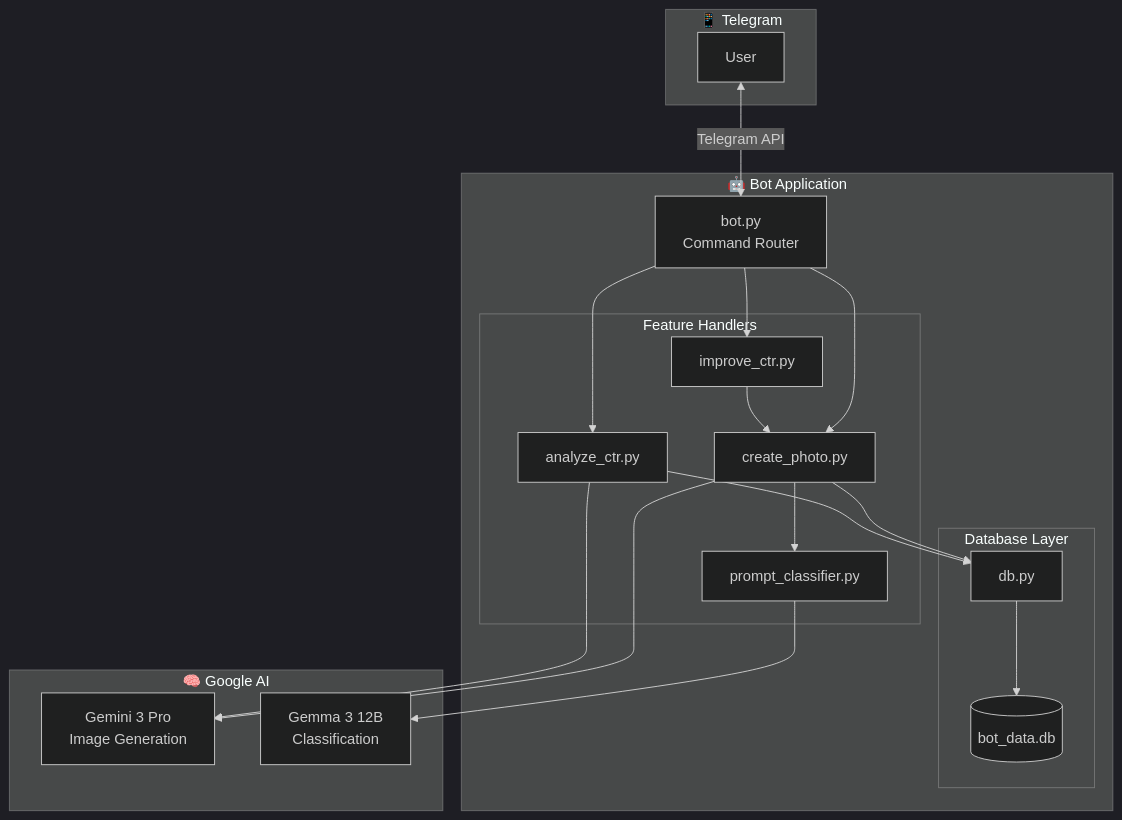
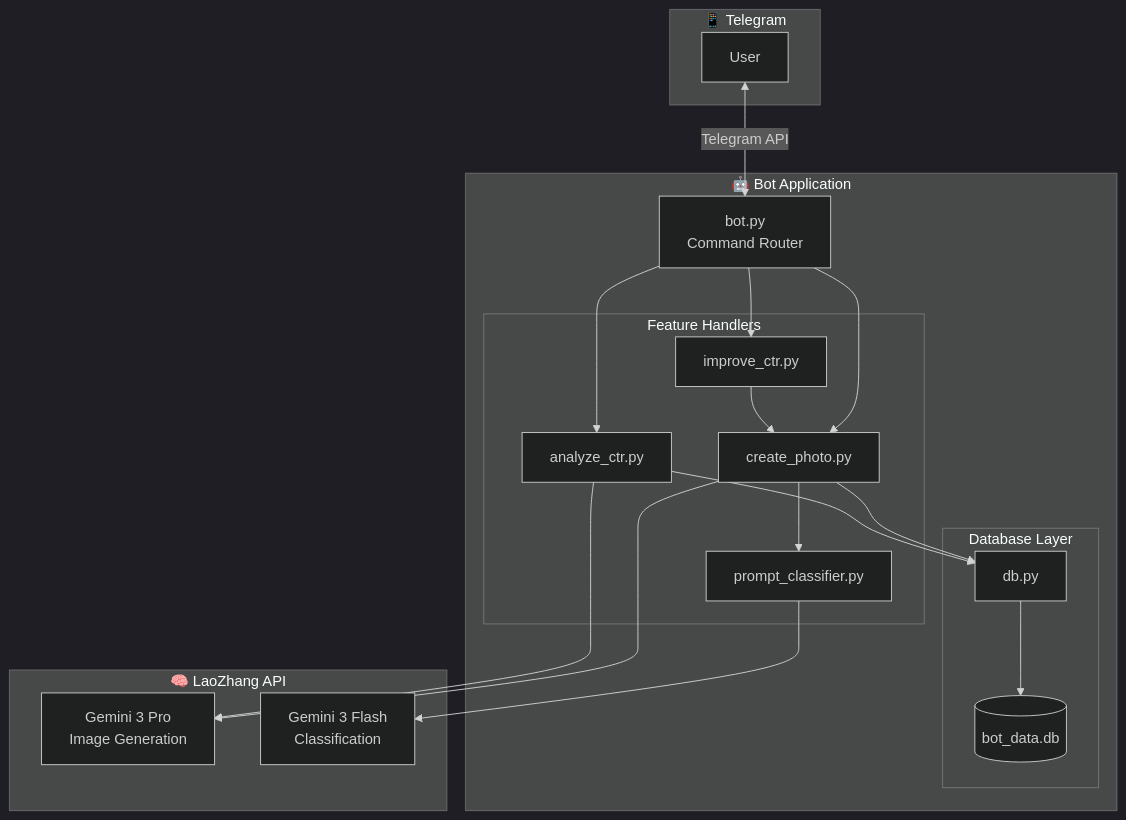
Before and after one commit to parrottizing/nano_banana_bot: the first of 4 diagrams in docs/architecture.md, drawn with Mermaid (dark theme). The commit also changed other lines of this file and 3 other files, not shown here.

````diff
--- a/docs/architecture.md
+++ b/docs/architecture.md
@@ -9,45 +9,45 @@
 ```mermaid
 flowchart TB
     subgraph Telegram["📱 Telegram"]
         User[User]
     end
 
     subgraph Bot["🤖 Bot Application"]
         Main[bot.py<br/>Command Router]
         
         subgraph Handlers["Feature Handlers"]
             CreatePhoto[create_photo.py]
             AnalyzeCTR[analyze_ctr.py]
             ImproveCTR[improve_ctr.py]
             Classifier[prompt_classifier.py]
         end
         
         subgraph Database["Database Layer"]
             DB[db.py]
             SQLite[(bot_data.db)]
         end
     end
 
-    subgraph GoogleAI["🧠 Google AI"]
+    subgraph LaoZhang["🧠 LaoZhang API"]
         Gemini[Gemini 3 Pro<br/>Image Generation]
-        Gemma[Gemma 3 12B<br/>Classification]
+        ClassifierModel[Gemini 3 Flash<br/>Classification]
     end
 
     User <-->|Telegram API| Main
     Main --> CreatePhoto
     Main --> AnalyzeCTR
     Main --> ImproveCTR
     
     CreatePhoto --> Classifier
     CreatePhoto --> Gemini
     CreatePhoto --> DB
     
     AnalyzeCTR --> Gemini
     AnalyzeCTR --> DB
     
     ImproveCTR --> CreatePhoto
     
-    Classifier --> Gemma
+    Classifier --> ClassifierModel
     
     DB --> SQLite
 ```
````
